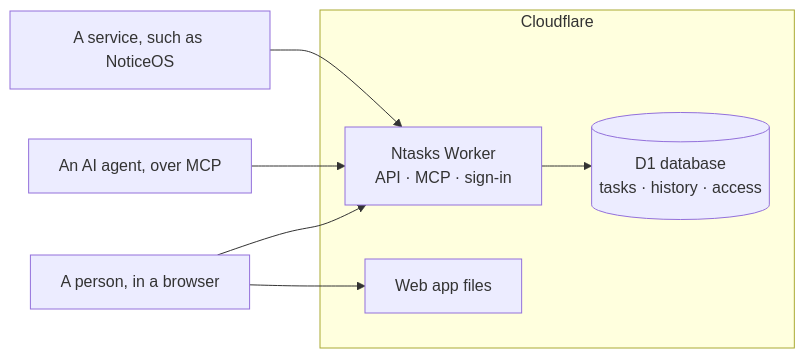
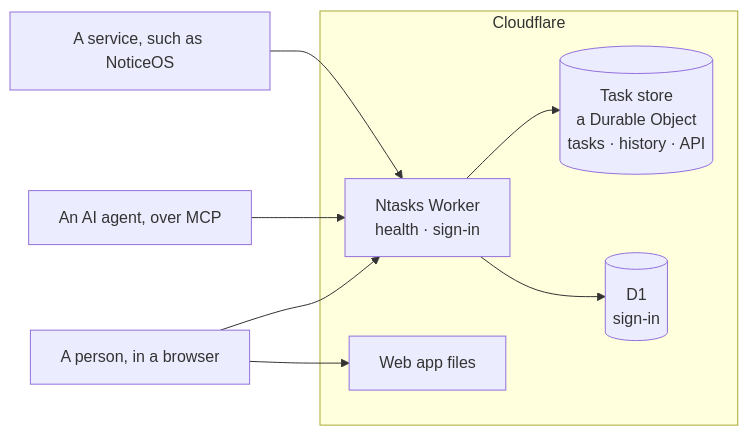
One commit to notice-cx/Ntasks changed the diagram in docs/architecture.md. Above: the diagram before and after it, drawn with Mermaid. The commit also changed other lines of this file and 35 other files, not shown here.

````diff
--- a/docs/architecture.md
+++ b/docs/architecture.md
@@ -13,11 +15,12 @@
 ```mermaid
 flowchart LR
   person["A person, in a browser"] --> worker
   agent["An AI agent, over MCP"] --> worker
   service["A service, such as NoticeOS"] --> worker
   subgraph cf["Cloudflare"]
     files["Web app files"]
-    worker["Ntasks Worker<br/>API · MCP · sign-in"] --> db[("D1 database<br/>tasks · history · access")]
+    worker["Ntasks Worker<br/>health · sign-in"] --> store[("Task store<br/>a Durable Object<br/>tasks · history · API")]
+    worker --> db[("D1<br/>sign-in")]
   end
   person --> files
 ```
````
